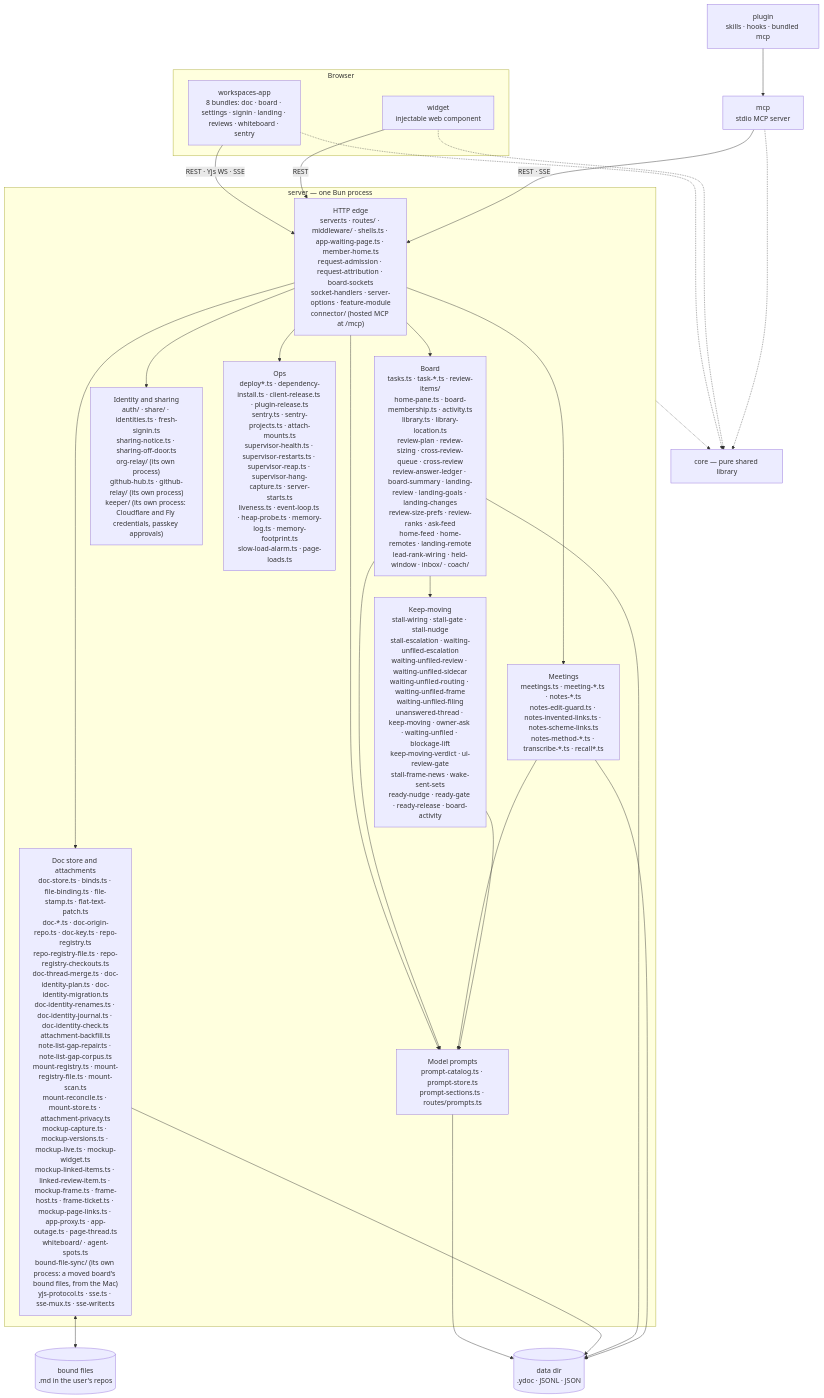
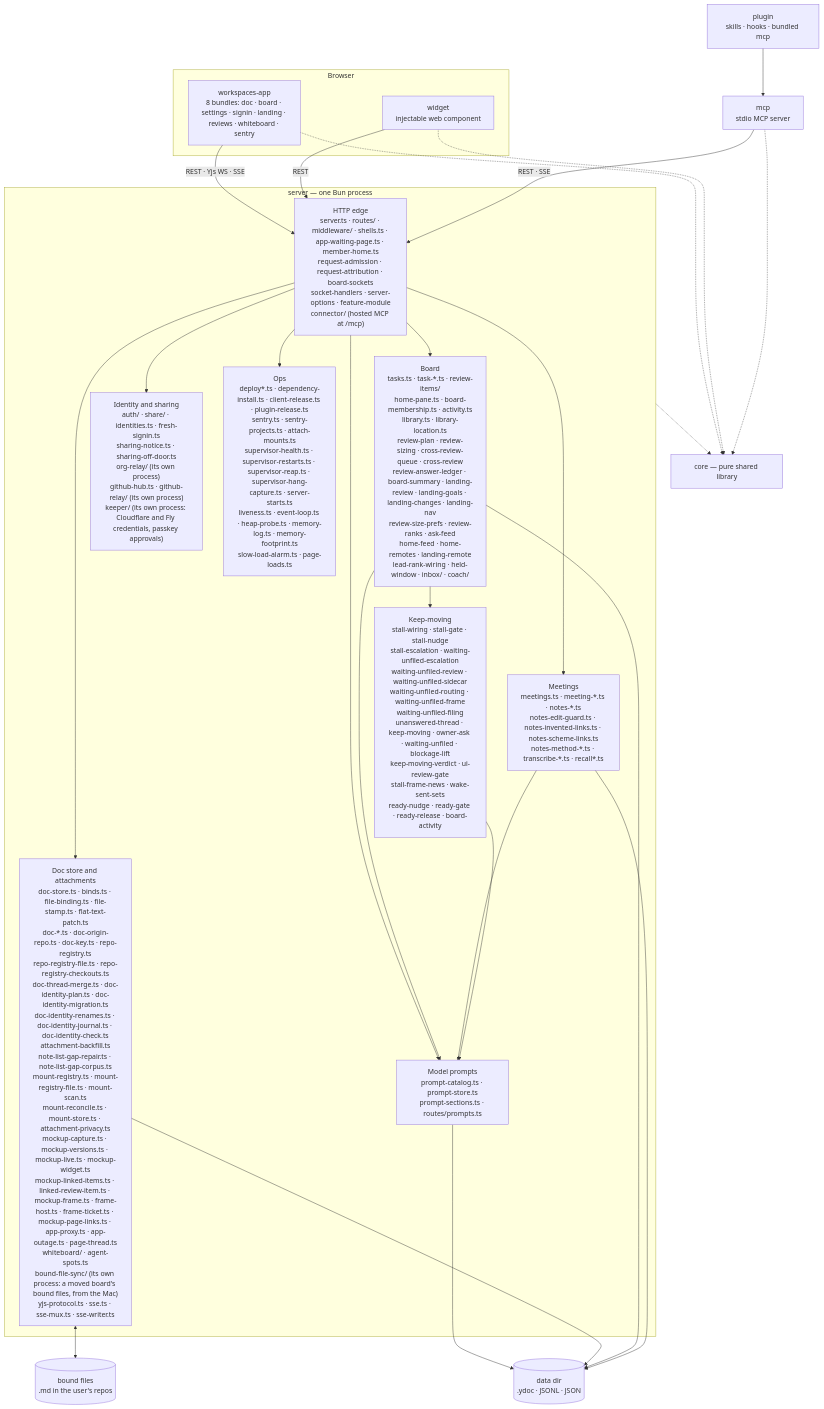
Before and after one commit to fryanpan/claude-workspaces-plugin: the first of 2 diagrams in docs/architecture/overview.md, drawn with Mermaid. The commit also changed 13 other files, not shown here.

````diff
--- a/docs/architecture/overview.md
+++ b/docs/architecture/overview.md
@@ -45,35 +45,35 @@
 ```mermaid
 flowchart TB
   subgraph browser[Browser]
     app["workspaces-app<br/>8 bundles: doc · board · settings · signin · landing · reviews · whiteboard · sentry"]
     wid["widget<br/>injectable web component"]
   end
   plug["plugin<br/>skills · hooks · bundled mcp"]
   mcp["mcp<br/>stdio MCP server"]
   subgraph srv["server — one Bun process"]
     edge["HTTP edge<br/>server.ts · routes/ · middleware/ · shells.ts · app-waiting-page.ts · member-home.ts<br/>request-admission · request-attribution · board-sockets<br/>socket-handlers · server-options · feature-module<br/>connector/ (hosted MCP at /mcp)"]
     docs["Doc store and attachments<br/>doc-store.ts · binds.ts · file-binding.ts · file-stamp.ts · flat-text-patch.ts<br/>doc-*.ts · doc-origin-repo.ts · doc-key.ts · repo-registry.ts<br/>repo-registry-file.ts · repo-registry-checkouts.ts<br/>doc-thread-merge.ts · doc-identity-plan.ts · doc-identity-migration.ts<br/>doc-identity-renames.ts · doc-identity-journal.ts · doc-identity-check.ts<br/>attachment-backfill.ts<br/>note-list-gap-repair.ts · note-list-gap-corpus.ts<br/>mount-registry.ts · mount-registry-file.ts · mount-scan.ts<br/>mount-reconcile.ts · mount-store.ts · attachment-privacy.ts<br/>mockup-capture.ts · mockup-versions.ts · mockup-live.ts · mockup-widget.ts<br/>mockup-linked-items.ts · linked-review-item.ts · mockup-frame.ts · frame-host.ts · frame-ticket.ts · mockup-page-links.ts · app-proxy.ts · app-outage.ts · page-thread.ts<br/>whiteboard/ · agent-spots.ts<br/>bound-file-sync/ (its own process: a moved board's bound files, from the Mac)<br/>yjs-protocol.ts · sse.ts · sse-mux.ts · sse-writer.ts"]
-    board["Board<br/>tasks.ts · task-*.ts · review-items/<br/>home-pane.ts · board-membership.ts · activity.ts<br/>library.ts · library-location.ts<br/>review-plan · review-sizing · cross-review-queue · cross-review<br/>review-answer-ledger · board-summary · landing-review · landing-goals · landing-changes<br/>review-size-prefs · review-ranks · ask-feed<br/>home-feed · home-remotes · landing-remote<br/>lead-rank-wiring · held-window · inbox/ · coach/"]
+    board["Board<br/>tasks.ts · task-*.ts · review-items/<br/>home-pane.ts · board-membership.ts · activity.ts<br/>library.ts · library-location.ts<br/>review-plan · review-sizing · cross-review-queue · cross-review<br/>review-answer-ledger · board-summary · landing-review · landing-goals · landing-changes · landing-nav<br/>review-size-prefs · review-ranks · ask-feed<br/>home-feed · home-remotes · landing-remote<br/>lead-rank-wiring · held-window · inbox/ · coach/"]
     meet["Meetings<br/>meetings.ts · meeting-*.ts · notes-*.ts<br/>notes-edit-guard.ts · notes-invented-links.ts · notes-scheme-links.ts<br/>notes-method-*.ts · transcribe-*.ts · recall*.ts"]
     keep["Keep-moving<br/>stall-wiring · stall-gate · stall-nudge<br/>stall-escalation · waiting-unfiled-escalation<br/>waiting-unfiled-review · waiting-unfiled-sidecar<br/>waiting-unfiled-routing · waiting-unfiled-frame<br/>waiting-unfiled-filing<br/>unanswered-thread · keep-moving · owner-ask · waiting-unfiled · blockage-lift<br/>keep-moving-verdict · ui-review-gate<br/>stall-frame-news · wake-sent-sets<br/>ready-nudge · ready-gate · ready-release · board-activity"]
     ident["Identity and sharing<br/>auth/ · share/ · identities.ts · fresh-signin.ts<br/>sharing-notice.ts · sharing-off-door.ts<br/>org-relay/ (its own process)<br/>github-hub.ts · github-relay/ (its own process)<br/>keeper/ (its own process: Cloudflare and Fly credentials, passkey approvals)"]
     prompts["Model prompts<br/>prompt-catalog.ts · prompt-store.ts<br/>prompt-sections.ts · routes/prompts.ts"]
     ops["Ops<br/>deploy*.ts · dependency-install.ts · client-release.ts · plugin-release.ts<br/>sentry.ts · sentry-projects.ts · attach-mounts.ts<br/>supervisor-health.ts · supervisor-restarts.ts · supervisor-reap.ts · supervisor-hang-capture.ts · server-starts.ts<br/>liveness.ts · event-loop.ts · heap-probe.ts · memory-log.ts · memory-footprint.ts<br/>slow-load-alarm.ts · page-loads.ts"]
   end
   core["core — pure shared library"]
   disk[("data dir<br/>.ydoc · JSONL · JSON")]
   files[("bound files<br/>.md in the user's repos")]
 
   app -->|"REST · Yjs WS · SSE"| edge
   wid -->|REST| edge
   plug --> mcp
   mcp -->|"REST · SSE"| edge
   edge --> docs & board & meet & ident & ops & prompts
   board & meet & keep --> prompts
   prompts --> disk
   board --> keep
   docs <--> files
   docs & board & meet --> disk
   app & wid & mcp -.-> core
   srv -.-> core
 ```
````
